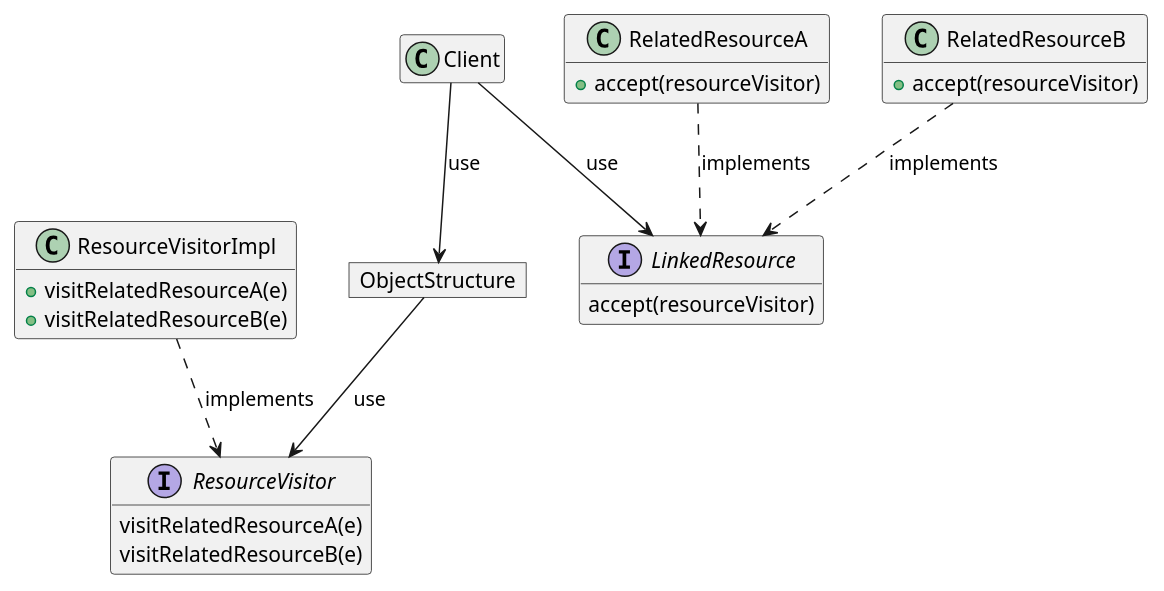
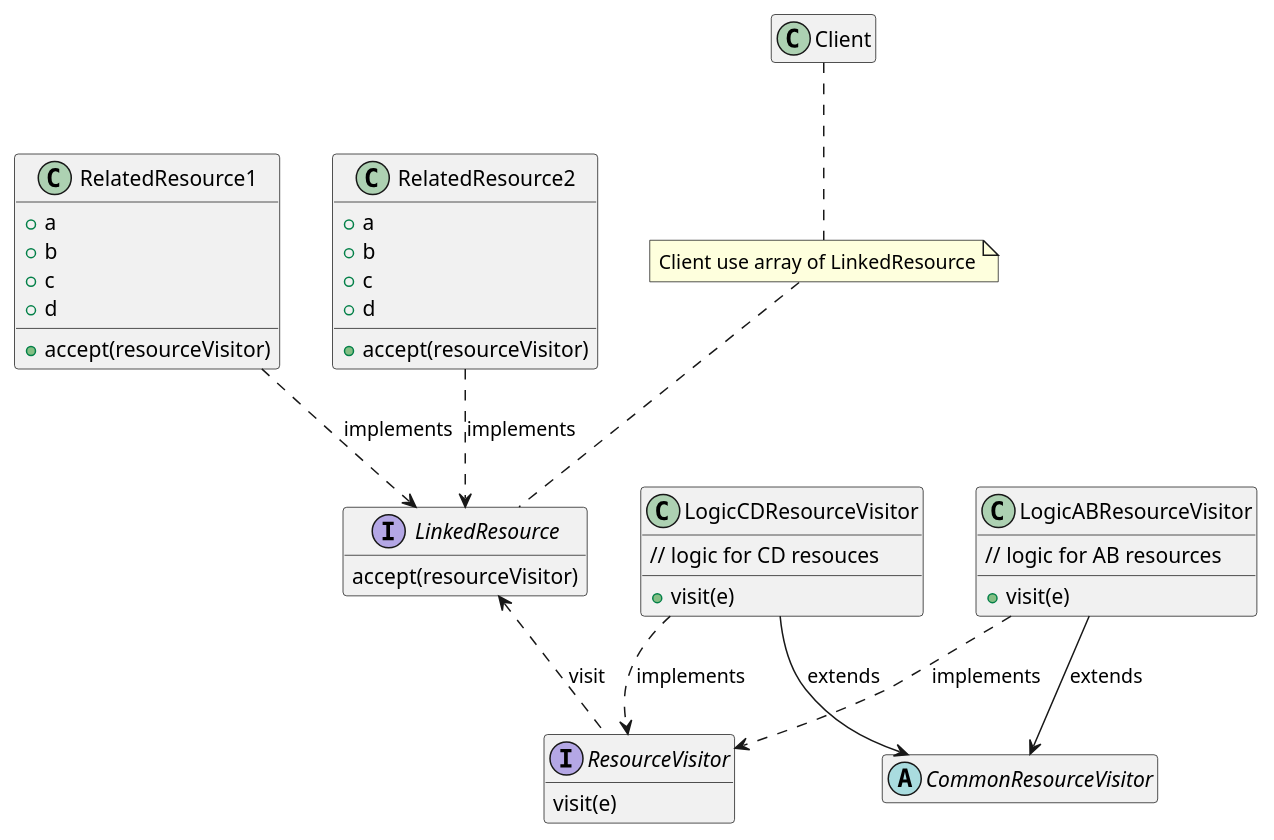
One commit to huntertran/concordia-thesis-topic changed the diagram in justifications/EntityLinking/EntityLinking.puml. Above: the diagram before and after it, drawn with PlantUML. The commit also changed 2 other files, not shown here.

Commit message:
update Entity linking diagram

```diff
--- a/justifications/EntityLinking/EntityLinking.puml
+++ b/justifications/EntityLinking/EntityLinking.puml
@@ -1,40 +1,62 @@
 @startuml entity_linking
 
 hide empty members
 ' skinparam linetype ortho
 
-interface ResourceVisitor {
-    visitRelatedResourceA(e)
-    visitRelatedResourceB(e)
+abstract CommonResourceVisitor {
+
 }
 
-class ResourceVisitorImpl {
-    +visitRelatedResourceA(e)
-    +visitRelatedResourceB(e)
+interface ResourceVisitor {
+    visit(e)
 }
 
-ResourceVisitorImpl ..> ResourceVisitor : implements
+class LogicABResourceVisitor {
+    +visit(e)
+    // logic for AB resources
+}
+
+class LogicCDResourceVisitor {
+    +visit(e)
+    // logic for CD resouces
+}
+
+LogicABResourceVisitor ..> ResourceVisitor : implements
+LogicCDResourceVisitor ..> ResourceVisitor : implements
+
+LogicABResourceVisitor --> CommonResourceVisitor : extends
+LogicCDResourceVisitor --> CommonResourceVisitor : extends
 
 interface LinkedResource {
     accept(resourceVisitor)
 }
 
-class RelatedResourceA {
-    +accept(resourceVisitor)
+class RelatedResource1 {
+    + a
+    + b
+    + c
+    + d
+    + accept(resourceVisitor)
 }
 
-class RelatedResourceB {
-    +accept(resourceVisitor)
+class RelatedResource2 {
+    + a
+    + b
+    + c
+    + d
+    + accept(resourceVisitor)
 }
 
-RelatedResourceA ..> LinkedResource : implements
-RelatedResourceB ..> LinkedResource : implements
+RelatedResource1 ..> LinkedResource : implements
+RelatedResource2 ..> LinkedResource : implements
+
+note "Client use array of LinkedResource" as N1
 
 class Client
-object ObjectStructure
 
-Client --> LinkedResource : use
-Client --> ObjectStructure : use
-ObjectStructure --> ResourceVisitor : use
+Client .. N1
+N1 .. LinkedResource
+
+LinkedResource <.. ResourceVisitor : visit
 
 @enduml
```
